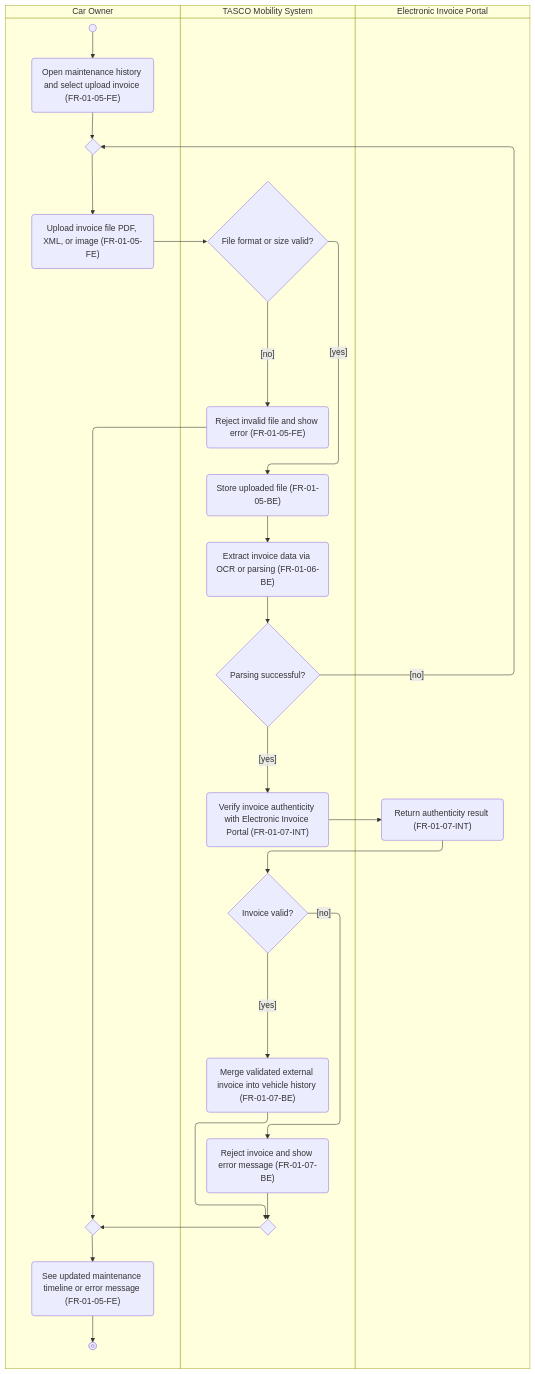
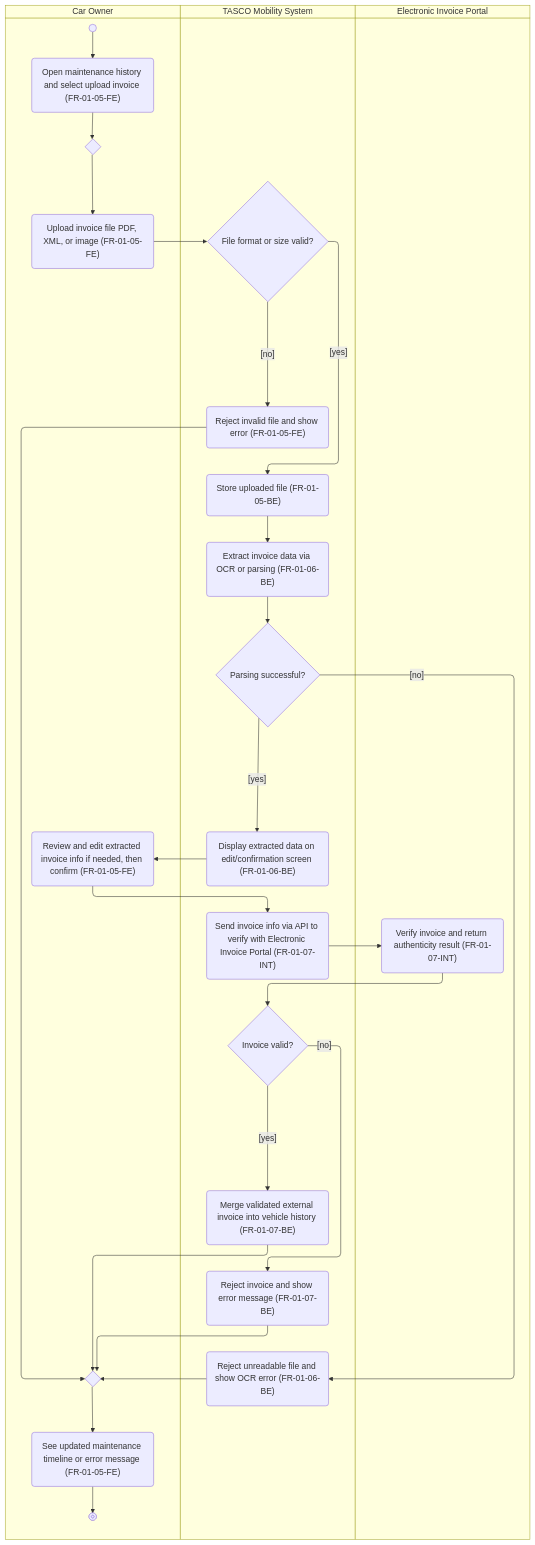
One commit to giangnhk63db/DBIZ-2_GROUP-A changed the diagram in Activity Diagram/AD-UC-1.05.md. Above: the diagram before and after it, drawn with Mermaid. The commit also changed other lines of this file, not shown here.

````diff
--- a/Activity Diagram/AD-UC-1.05.md
+++ b/Activity Diagram/AD-UC-1.05.md
@@ -26,39 +26,40 @@
 ```mermaid
 
 swimlane-beta TB
   subgraph CAR["Car Owner"]
     start@{ shape: sm-circ }
     a1("Open maintenance history and select upload invoice (FR-01-05-FE)")
     m1{" "}
     a2("Upload invoice file PDF, XML, or image (FR-01-05-FE)")
+    a_edit("Review and edit extracted invoice info if needed, then confirm (FR-01-05-FE)")
     m4{" "}
     a3("See updated maintenance timeline or error message (FR-01-05-FE)")
     stop1@{ shape: fr-circ }
   end
   subgraph SYS["TASCO Mobility System"]
     d1{"File format or size valid?"}
     s1("Reject invalid file and show error (FR-01-05-FE)")
     s2("Store uploaded file (FR-01-05-BE)")
     s3("Extract invoice data via OCR or parsing (FR-01-06-BE)")
     d2{"Parsing successful?"}
-    s5("Verify invoice authenticity with Electronic Invoice Portal (FR-01-07-INT)")
+    s_ocr("Reject unreadable file and show OCR error (FR-01-06-BE)")
+    s4("Display extracted data on edit/confirmation screen (FR-01-06-BE)")
+    s5("Send invoice info via API to verify with Electronic Invoice Portal (FR-01-07-INT)")
     d3{"Invoice valid?"}
     s6("Merge validated external invoice into vehicle history (FR-01-07-BE)")
     s7("Reject invoice and show error message (FR-01-07-BE)")
-    m2{" "}
   end
   subgraph PORTAL["Electronic Invoice Portal"]
-    e1("Return authenticity result (FR-01-07-INT)")
+    e1("Verify invoice and return authenticity result (FR-01-07-INT)")
   end
 
   start --> a1 --> m1 --> a2 --> d1
   d1 -->|"[no]"| s1 --> m4
   d1 -->|"[yes]"| s2 --> s3 --> d2
-  d2 -->|"[no]"| m1
-  d2 -->|"[yes]"| s5
+  d2 -->|"[no]"| s_ocr --> m4
+  d2 -->|"[yes]"| s4 --> a_edit --> s5
   s5 --> e1 --> d3
-  d3 -->|"[yes]"| s6 --> m2
-  d3 -->|"[no]"| s7 --> m2
-  m2 --> m4
+  d3 -->|"[yes]"| s6 --> m4
+  d3 -->|"[no]"| s7 --> m4
   m4 --> a3 --> stop1
 ```
````
